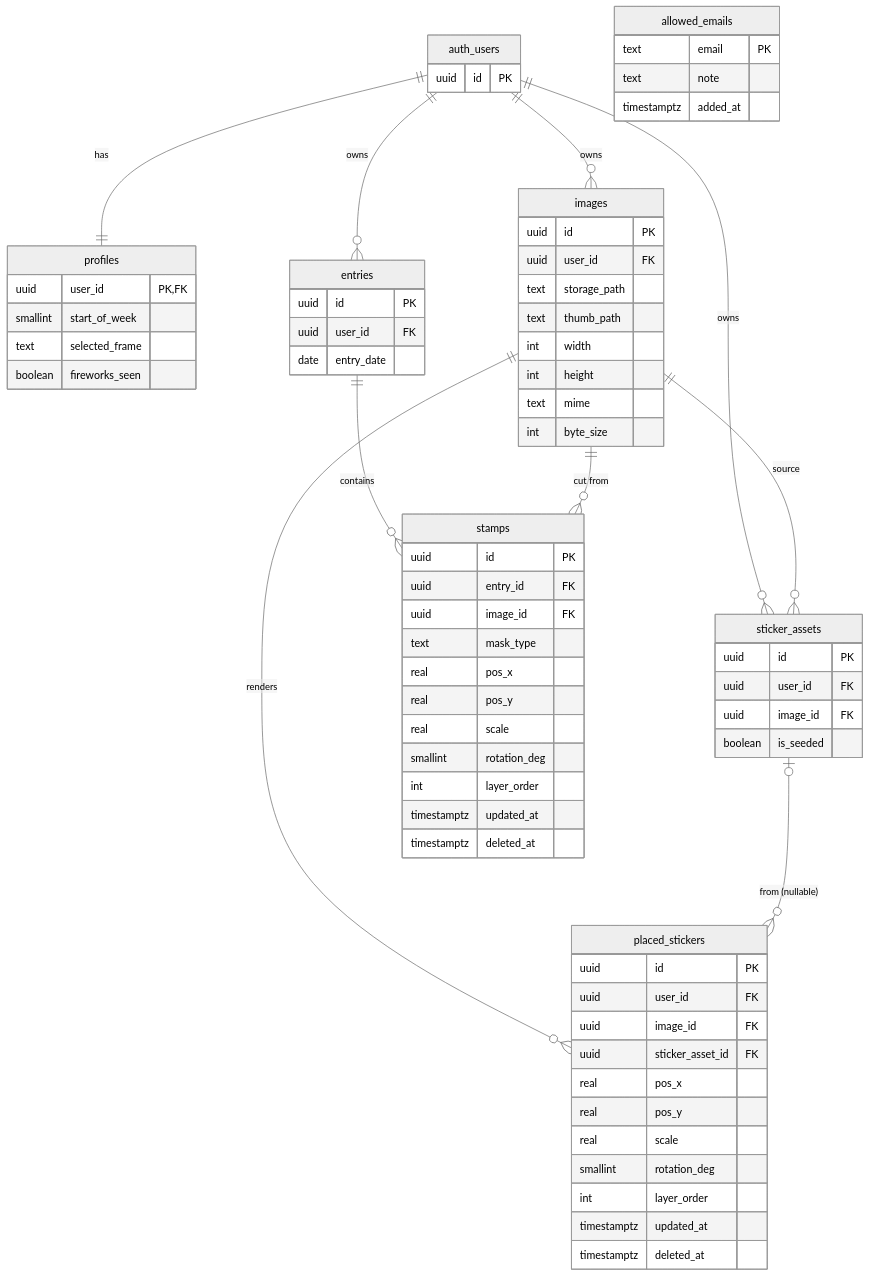
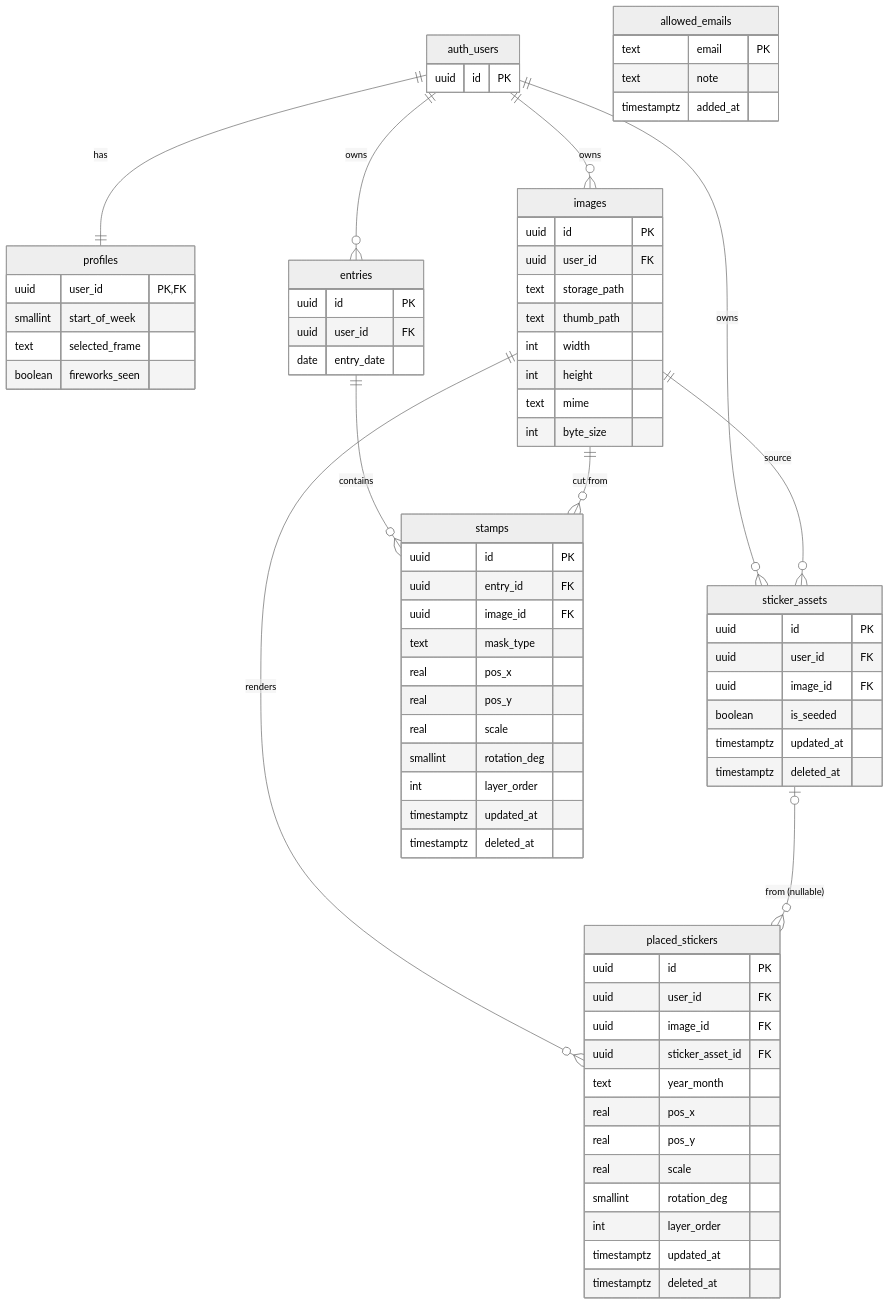
The diagram in Wiki Javi's Journal/SCHEMA.md (nonmeeeeeeeeeeeeeee/javis-journal), drawn with Mermaid (neutral theme) before and after one commit. The commit also changed other lines of this file and 10 other files, not shown here.

````diff
--- a/Wiki Javi's Journal/SCHEMA.md
+++ b/Wiki Javi's Journal/SCHEMA.md
@@ -20,74 +20,77 @@
 ```mermaid
 erDiagram
   auth_users ||--|| profiles : has
   auth_users ||--o{ images : owns
   auth_users ||--o{ entries : owns
   auth_users ||--o{ sticker_assets : owns
   entries ||--o{ stamps : contains
   images ||--o{ stamps : "cut from"
   images ||--o{ sticker_assets : "source"
   images ||--o{ placed_stickers : "renders"
   sticker_assets |o--o{ placed_stickers : "from (nullable)"
 
   auth_users {
     uuid id PK
   }
   allowed_emails {
     text email PK
     text note
     timestamptz added_at
   }
   profiles {
     uuid user_id PK,FK
     smallint start_of_week
     text selected_frame
     boolean fireworks_seen
   }
   images {
     uuid id PK
     uuid user_id FK
     text storage_path
     text thumb_path
     int width
     int height
     text mime
     int byte_size
   }
   entries {
     uuid id PK
     uuid user_id FK
     date entry_date
   }
   stamps {
     uuid id PK
     uuid entry_id FK
     uuid image_id FK
     text mask_type
     real pos_x
     real pos_y
     real scale
     smallint rotation_deg
     int layer_order
     timestamptz updated_at
     timestamptz deleted_at
   }
   sticker_assets {
     uuid id PK
     uuid user_id FK
     uuid image_id FK
     boolean is_seeded
+    timestamptz updated_at
+    timestamptz deleted_at
   }
   placed_stickers {
     uuid id PK
     uuid user_id FK
     uuid image_id FK
     uuid sticker_asset_id FK
+    text year_month
     real pos_x
     real pos_y
     real scale
     smallint rotation_deg
     int layer_order
     timestamptz updated_at
     timestamptz deleted_at
   }
 ```
````
